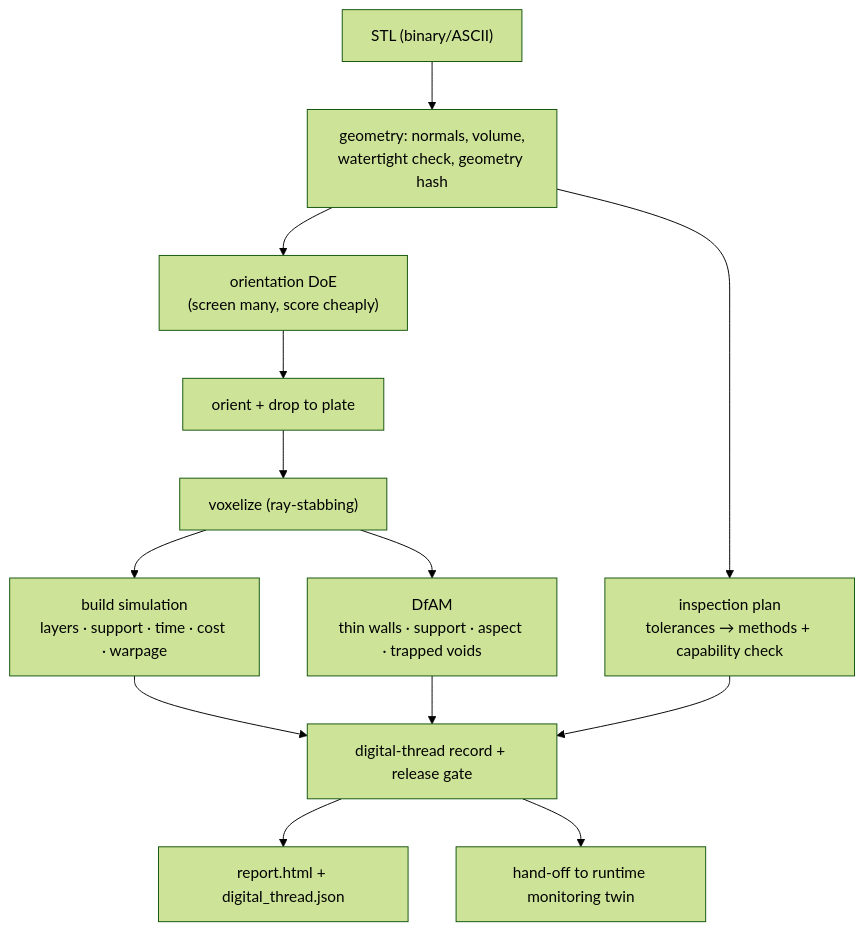
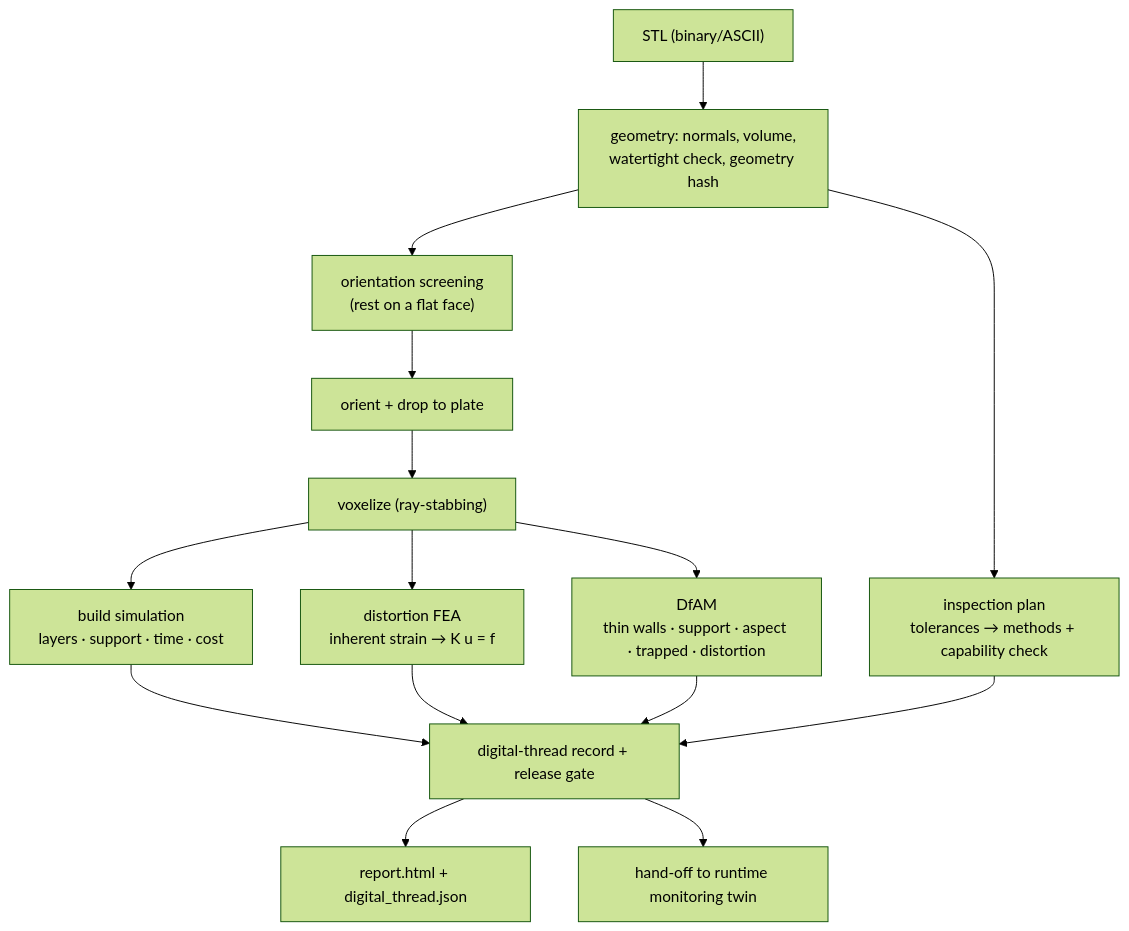
One commit to Seymurhh/additive-build-advisor changed the diagram in REPORT.md. Above: the diagram before and after it, drawn with Mermaid (forest theme). The commit also changed other lines of this file and 20 other files, not shown here.

First line of the commit message:
Add inherent-strain distortion FEA; fix orientation to rest-on-face

````diff
--- a/REPORT.md
+++ b/REPORT.md
@@ -41,15 +41,17 @@
 ```mermaid
 flowchart TD
     A["STL (binary/ASCII)"] --> B["geometry: normals, volume,\nwatertight check, geometry hash"]
-    B --> C["orientation DoE\n(screen many, score cheaply)"]
+    B --> C["orientation screening\n(rest on a flat face)"]
     C --> D["orient + drop to plate"]
     D --> E["voxelize (ray-stabbing)"]
-    E --> F["build simulation\nlayers · support · time · cost · warpage"]
-    E --> G["DfAM\nthin walls · support · aspect · trapped voids"]
-    B --> H["inspection plan\ntolerances → methods + capability check"]
-    F --> I["digital-thread record + release gate"]
-    G --> I
-    H --> I
-    I --> J["report.html + digital_thread.json"]
-    I --> K["hand-off to runtime monitoring twin"]
+    E --> F["build simulation\nlayers · support · time · cost"]
+    E --> G["distortion FEA\ninherent strain → K u = f"]
+    E --> H["DfAM\nthin walls · support · aspect · trapped · distortion"]
+    B --> I["inspection plan\ntolerances → methods + capability check"]
+    F --> J["digital-thread record + release gate"]
+    G --> J
+    H --> J
+    I --> J
+    J --> K["report.html + digital_thread.json"]
+    J --> L["hand-off to runtime monitoring twin"]
 ```
````
